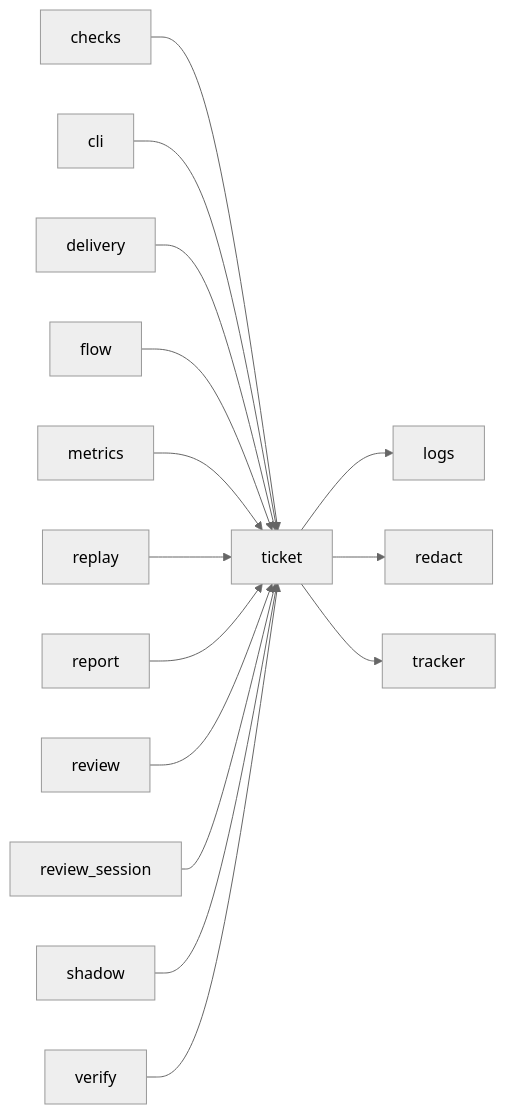
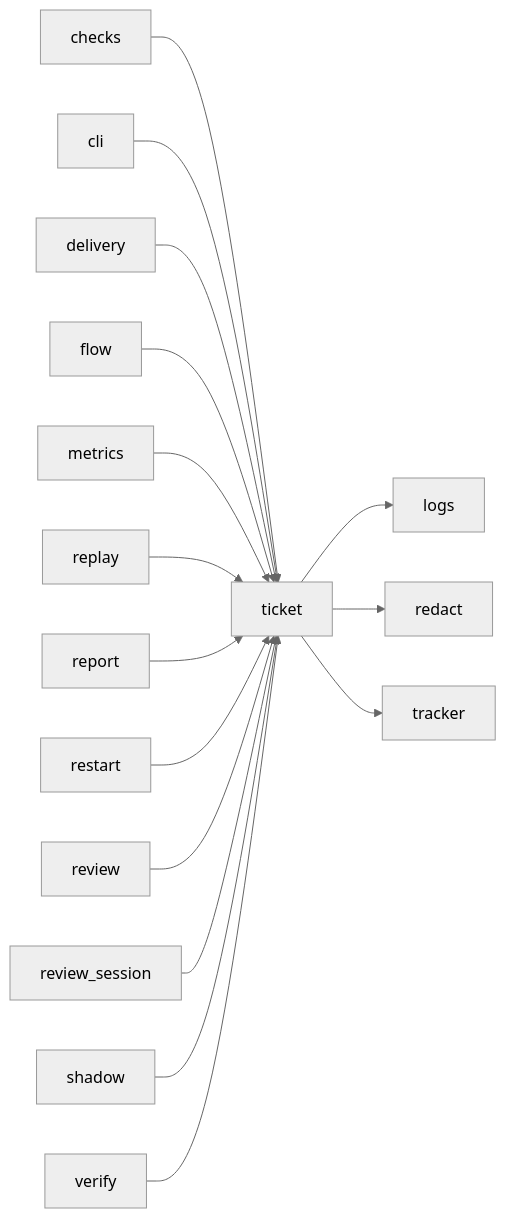
One commit to plaplanche/ariane changed the third of 3 diagrams in docs/architecture/modules/ticket.md. Above: the diagram before and after it, drawn with Mermaid (neutral theme). The commit also changed 27 other files, not shown here.

Commit message:
#140: Restart a stopped or interrupted ticket with `ariane start <n> --restart`, keeping the previous branch (C5, C23, C19)

````diff
--- a/docs/architecture/modules/ticket.md
+++ b/docs/architecture/modules/ticket.md
@@ -95,17 +95,18 @@
 ```mermaid
 flowchart LR
   checks --> ticket
   cli --> ticket
   delivery --> ticket
   flow --> ticket
   metrics --> ticket
   replay --> ticket
   report --> ticket
+  restart --> ticket
   review --> ticket
   review_session --> ticket
   shadow --> ticket
   ticket --> logs
   ticket --> redact
   ticket --> tracker
   verify --> ticket
 ```
````
